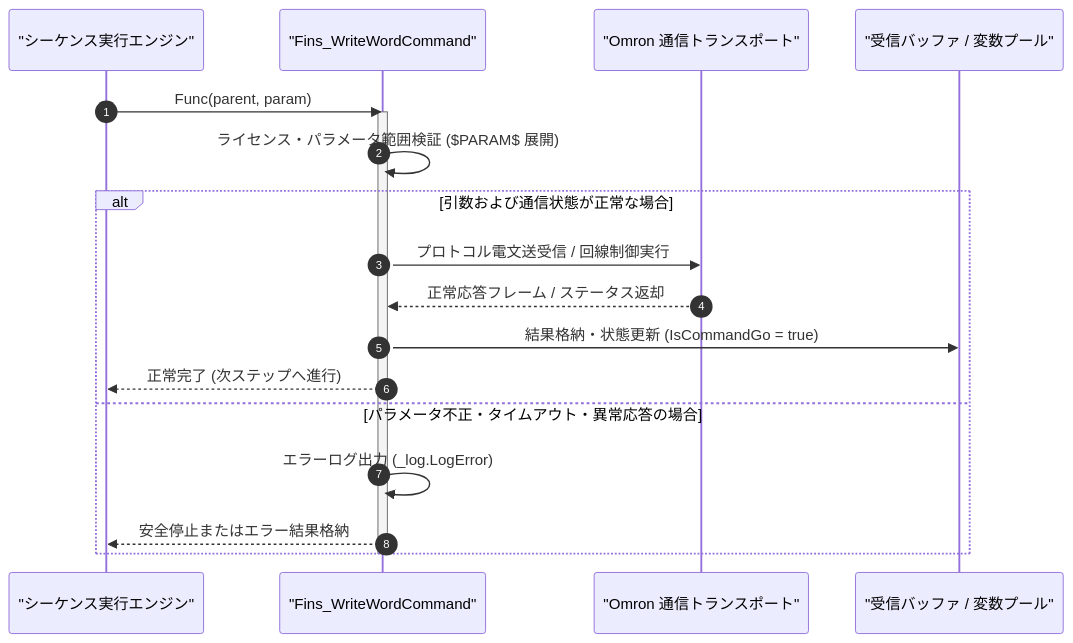
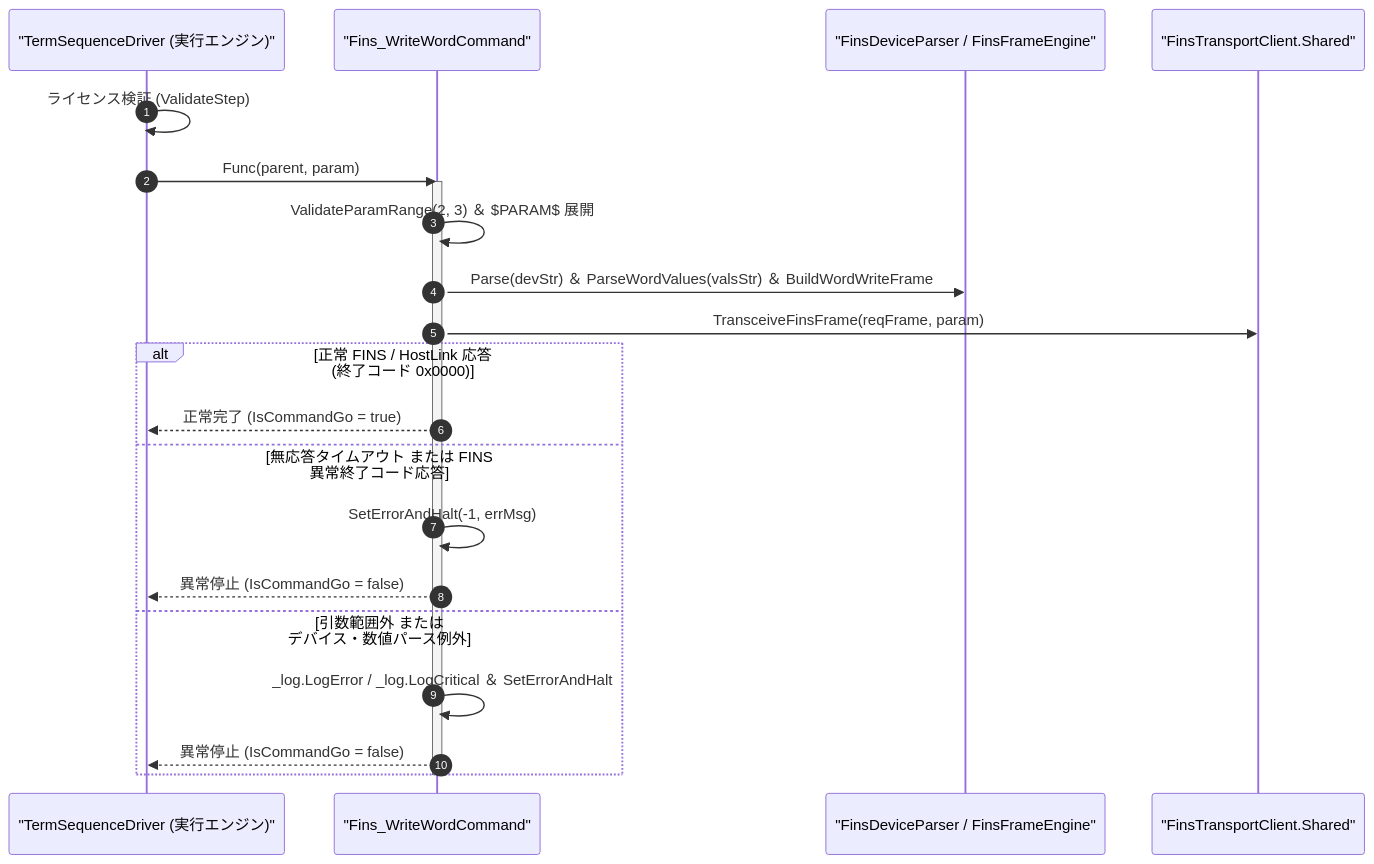
One commit to Monaca-App/TermAddIn changed the diagram in Manual/Omron/Fins_WriteWord.Md. Above: the diagram before and after it, drawn with Mermaid. The commit also changed other lines of this file and 157 other files, not shown here.

````diff
--- a/Manual/Omron/Fins_WriteWord.Md
+++ b/Manual/Omron/Fins_WriteWord.Md
@@ -64,22 +65,25 @@
 ```mermaid
 sequenceDiagram
     autonumber
-    participant Script as "シーケンス実行エンジン"
+    participant Driver as "TermSequenceDriver (実行エンジン)"
     participant Cmd as "Fins_WriteWordCommand"
-    participant Trans as "Omron 通信トランスポート"
-    participant Buf as "受信バッファ / 変数プール"
+    participant Engine as "FinsDeviceParser / FinsFrameEngine"
+    participant Trans as "FinsTransportClient.Shared"
 
-    Script->>Cmd: Func(parent, param)
+    Driver->>Driver: ライセンス検証 (ValidateStep)
+    Driver->>Cmd: Func(parent, param)
     activate Cmd
-    Cmd->>Cmd: ライセンス・パラメータ範囲検証 ($PARAM$ 展開)
-    alt 引数および通信状態が正常な場合
-        Cmd->>Trans: プロトコル電文送受信 / 回線制御実行
-        Trans-->>Cmd: 正常応答フレーム / ステータス返却
-        Cmd->>Buf: 結果格納・状態更新 (IsCommandGo = true)
-        Cmd-->>Script: 正常完了 (次ステップへ進行)
-    else パラメータ不正・タイムアウト・異常応答の場合
-        Cmd->>Cmd: エラーログ出力 (_log.LogError)
-        Cmd-->>Script: 安全停止またはエラー結果格納
+    Cmd->>Cmd: ValidateParamRange(2, 3) ＆ $PARAM$ 展開
+    Cmd->>Engine: Parse(devStr) ＆ ParseWordValues(valsStr) ＆ BuildWordWriteFrame
+    Cmd->>Trans: TransceiveFinsFrame(reqFrame, param)
+    alt 正常 FINS / HostLink 応答 (終了コード 0x0000)
+        Cmd-->>Driver: 正常完了 (IsCommandGo = true)
+    else 無応答タイムアウト または FINS 異常終了コード応答
+        Cmd->>Cmd: SetErrorAndHalt(-1, errMsg)
+        Cmd-->>Driver: 異常停止 (IsCommandGo = false)
+    else 引数範囲外 または デバイス・数値パース例外
+        Cmd->>Cmd: _log.LogError / _log.LogCritical ＆ SetErrorAndHalt
+        Cmd-->>Driver: 異常停止 (IsCommandGo = false)
     end
     deactivate Cmd
 ```
````
